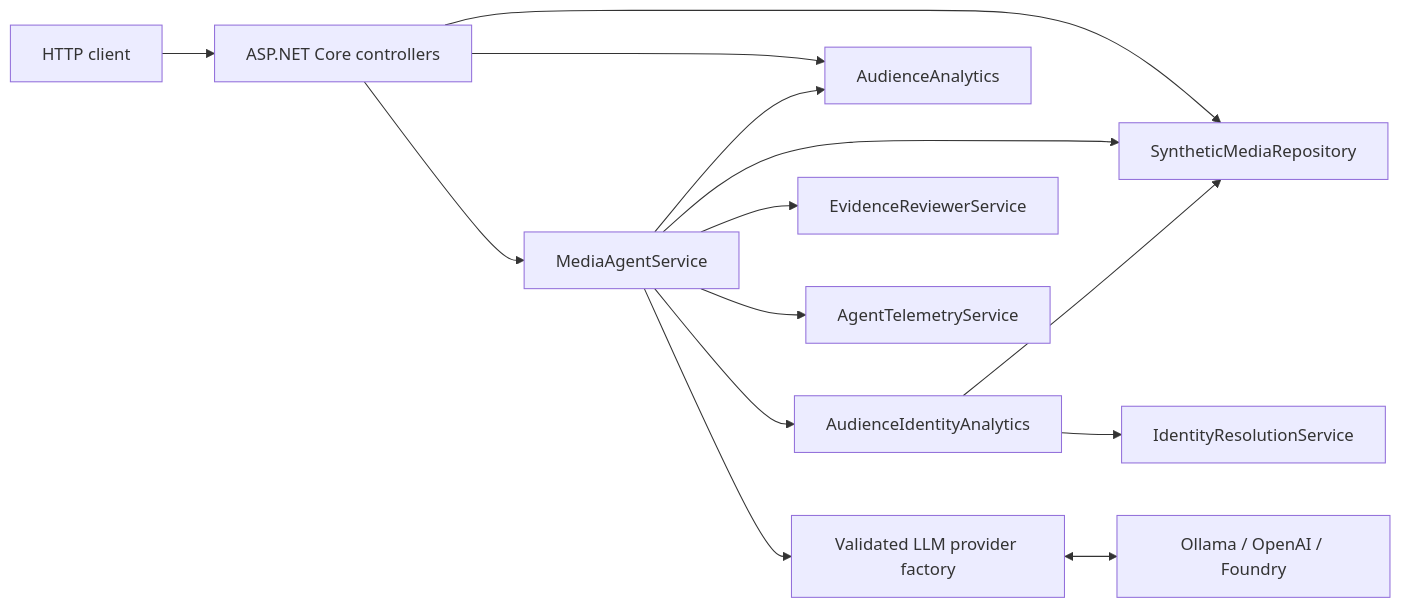
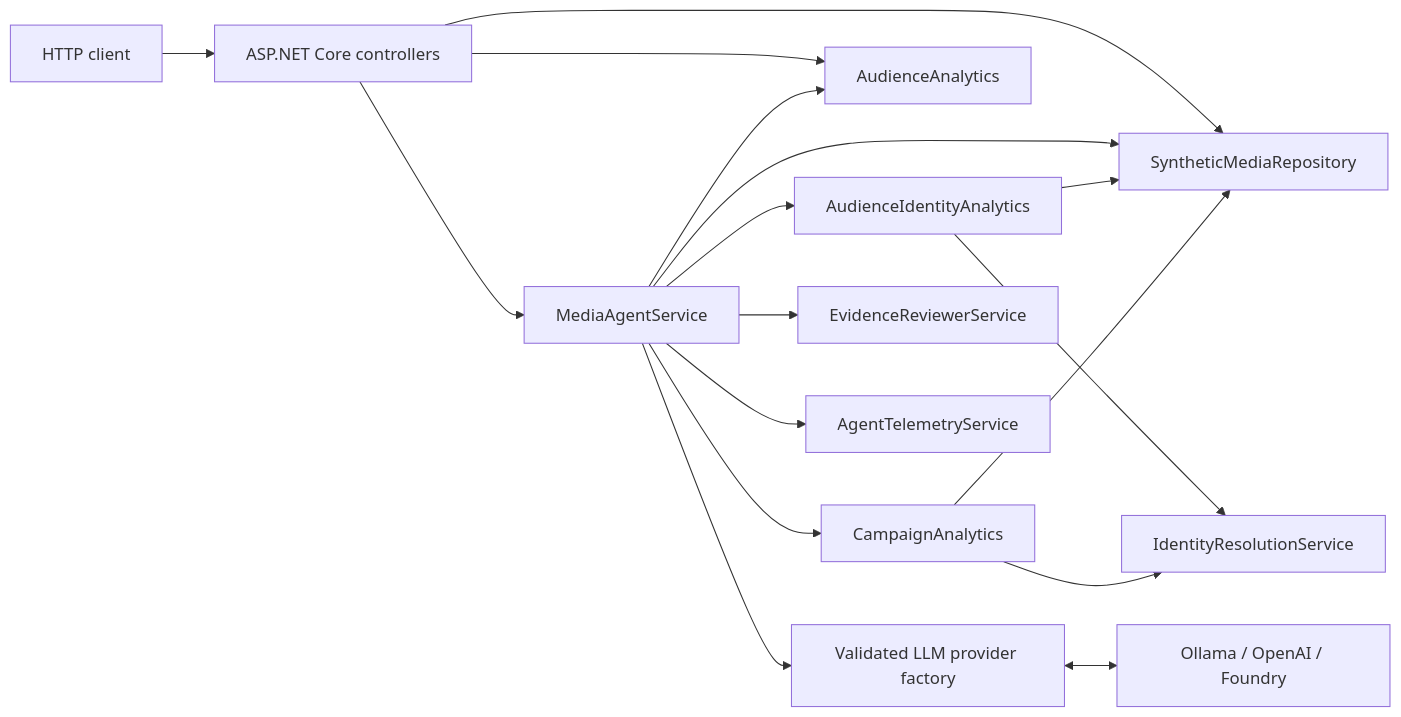
One commit to thaeri/Media-Intelligence-Agent changed the first of 2 diagrams in docs/architecture.md. Above: the diagram before and after it, drawn with Mermaid. The commit also changed other lines of this file and 15 other files, not shown here.

````diff
--- a/docs/architecture.md
+++ b/docs/architecture.md
@@ -10,28 +10,32 @@
 ```mermaid
 flowchart LR
     Client[HTTP client]
     API[ASP.NET Core controllers]
     Agent[MediaAgentService]
     Factory[Validated LLM provider factory]
     LLM[Ollama / OpenAI / Foundry]
     Repo[SyntheticMediaRepository]
     Content[AudienceAnalytics]
     Identity[IdentityResolutionService]
     Reach[AudienceIdentityAnalytics]
+    Campaign[CampaignAnalytics]
     Evidence[EvidenceReviewerService]
     Telemetry[AgentTelemetryService]
 
     Client --> API
     API --> Agent
     API --> Content
     API --> Repo
     Agent --> Factory
     Factory <--> LLM
     Agent --> Repo
     Agent --> Content
     Agent --> Reach
+    Agent --> Campaign
     Reach --> Identity
     Reach --> Repo
+    Campaign --> Identity
+    Campaign --> Repo
     Agent --> Evidence
     Agent --> Telemetry
 ```
````
